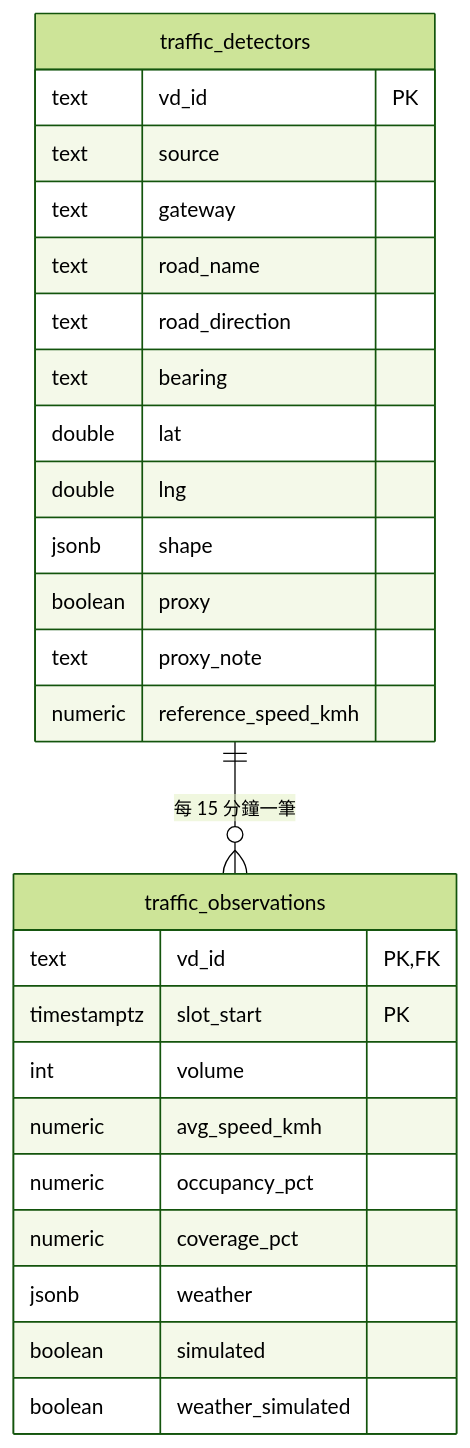
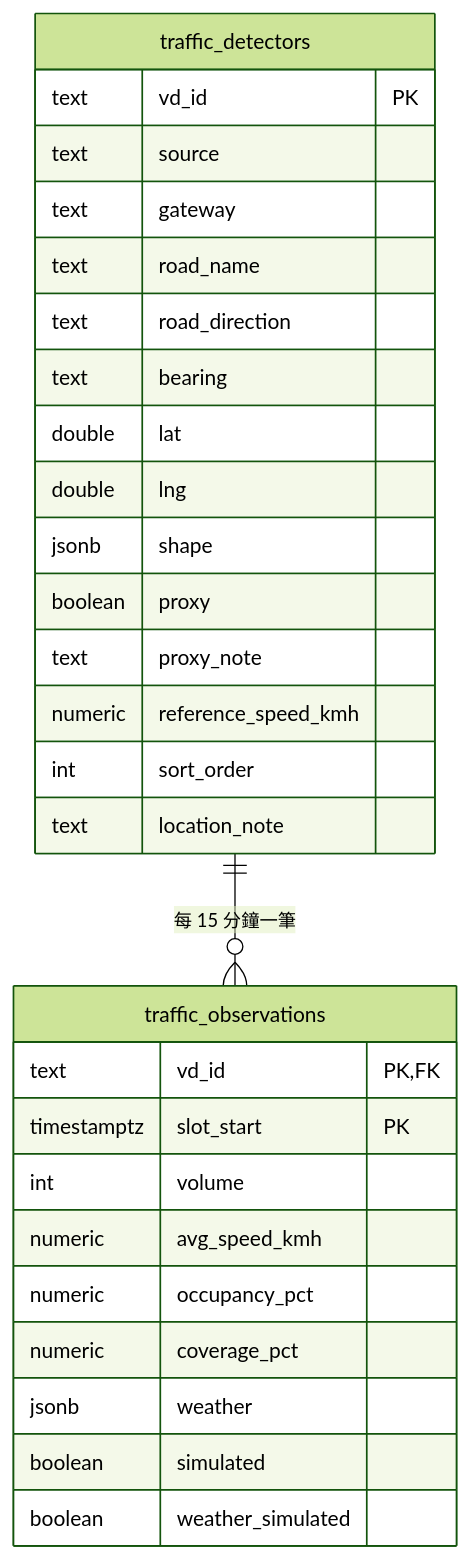
Diagram 11 of 15 in docs/design.md (sohoffice/debugthon-carpool), drawn with Mermaid (forest theme) before and after one commit. The commit also changed other lines of this file, not shown here.

Commit message:
docs: gateway sort order, location note and past min/max speed in 4.18 and 4.20 (T54)

````diff
--- a/docs/design.md
+++ b/docs/design.md
@@ -1299,30 +1299,32 @@
 ```mermaid
 erDiagram
     traffic_detectors ||--o{ traffic_observations : "每 15 分鐘一筆"
 
     traffic_detectors {
         text vd_id PK
         text source
         text gateway
         text road_name
         text road_direction
         text bearing
         double lat
         double lng
         jsonb shape
         boolean proxy
         text proxy_note
         numeric reference_speed_kmh
+        int sort_order
+        text location_note
     }
     traffic_observations {
         text vd_id PK, FK
         timestamptz slot_start PK
         int volume
         numeric avg_speed_kmh
         numeric occupancy_pct
         numeric coverage_pct
         jsonb weather
         boolean simulated
         boolean weather_simulated
     }
 ```
````
